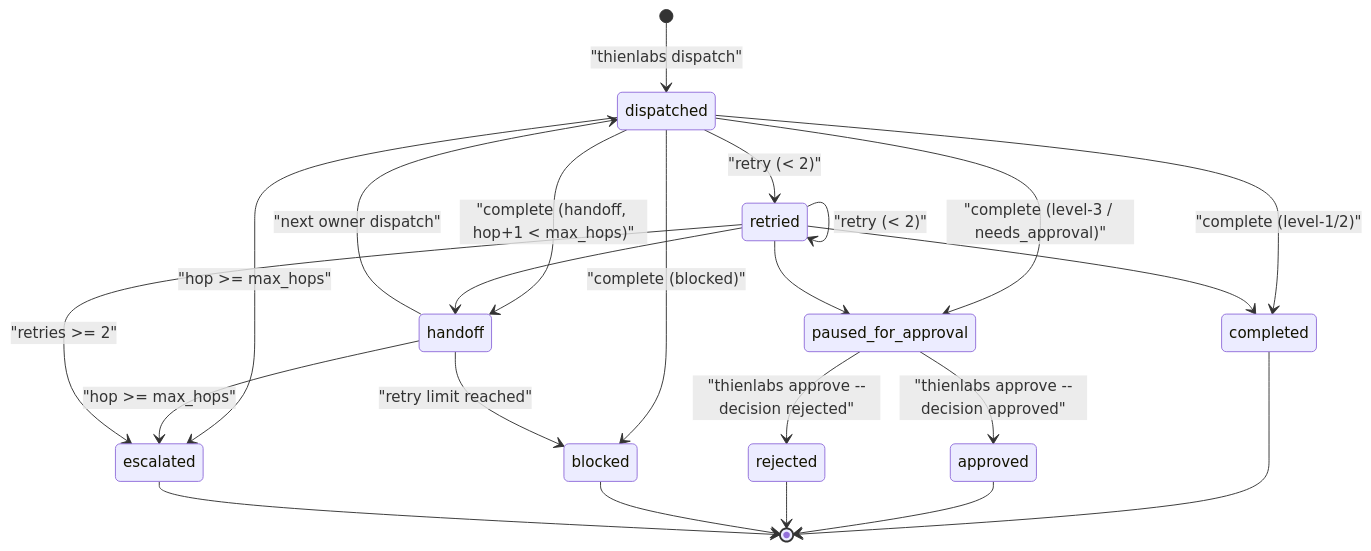
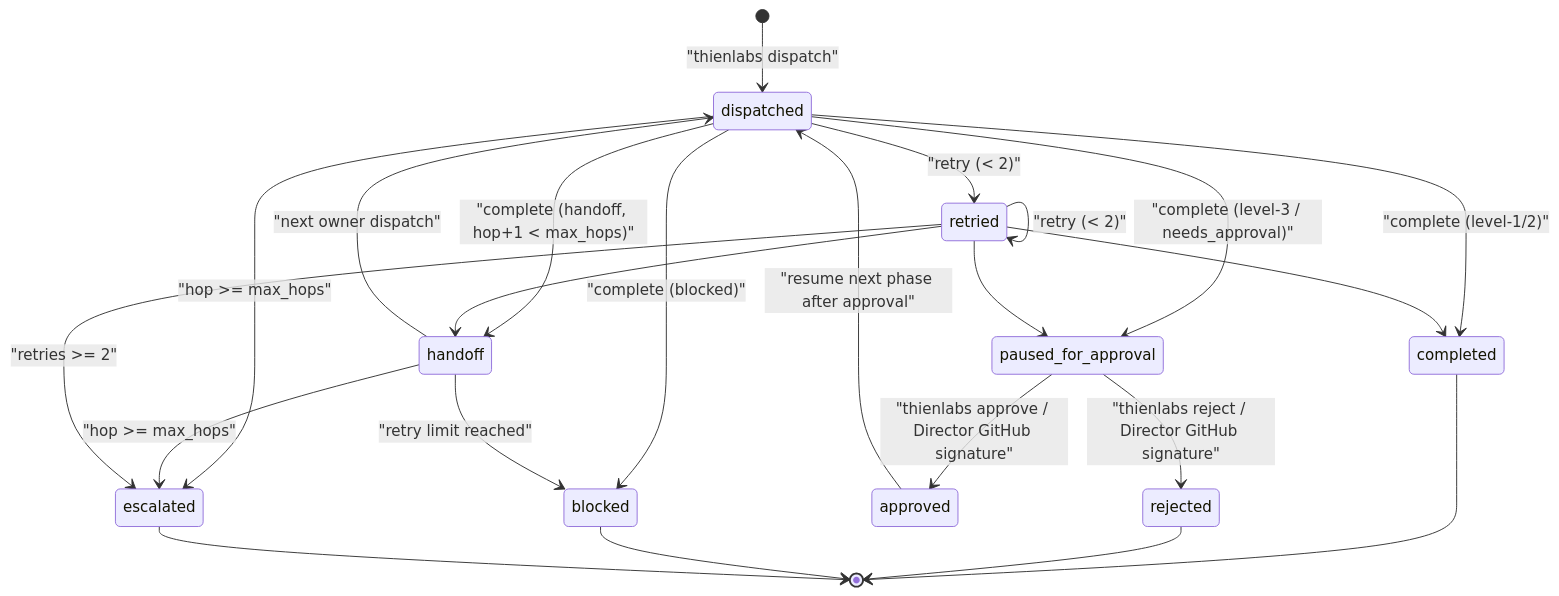
One commit to ThienNg65/ThienLabs changed the diagram in docs/workflow-and-feature-map.md. Above: the diagram before and after it, drawn with Mermaid. The commit also changed other lines of this file, not shown here.

Commit message:
docs(governance): formalize signed GitHub approval gates

````diff
--- a/docs/workflow-and-feature-map.md
+++ b/docs/workflow-and-feature-map.md
@@ -38,29 +48,29 @@
 ```mermaid
 stateDiagram-v2
     [*] --> dispatched : "thienlabs dispatch"
     dispatched --> completed : "complete (level-1/2)"
     dispatched --> handoff : "complete (handoff, hop+1 < max_hops)"
     dispatched --> paused_for_approval : "complete (level-3 / needs_approval)"
     dispatched --> retried : "retry (< 2)"
     dispatched --> blocked : "complete (blocked)"
     dispatched --> escalated : "hop >= max_hops"
 
     handoff --> dispatched : "next owner dispatch"
     handoff --> blocked : "retry limit reached"
     handoff --> escalated : "hop >= max_hops"
 
     retried --> completed
     retried --> handoff
     retried --> paused_for_approval
     retried --> retried : "retry (< 2)"
     retried --> escalated : "retries >= 2"
 
-    paused_for_approval --> approved : "thienlabs approve --decision approved"
-    paused_for_approval --> rejected : "thienlabs approve --decision rejected"
+    paused_for_approval --> approved : "thienlabs approve / Director GitHub signature"
+    paused_for_approval --> rejected : "thienlabs reject / Director GitHub signature"
 
+    approved --> dispatched : "resume next phase after approval"
     completed --> [*]
-    approved --> [*]
     rejected --> [*]
     blocked --> [*]
     escalated --> [*]
 ```
````
